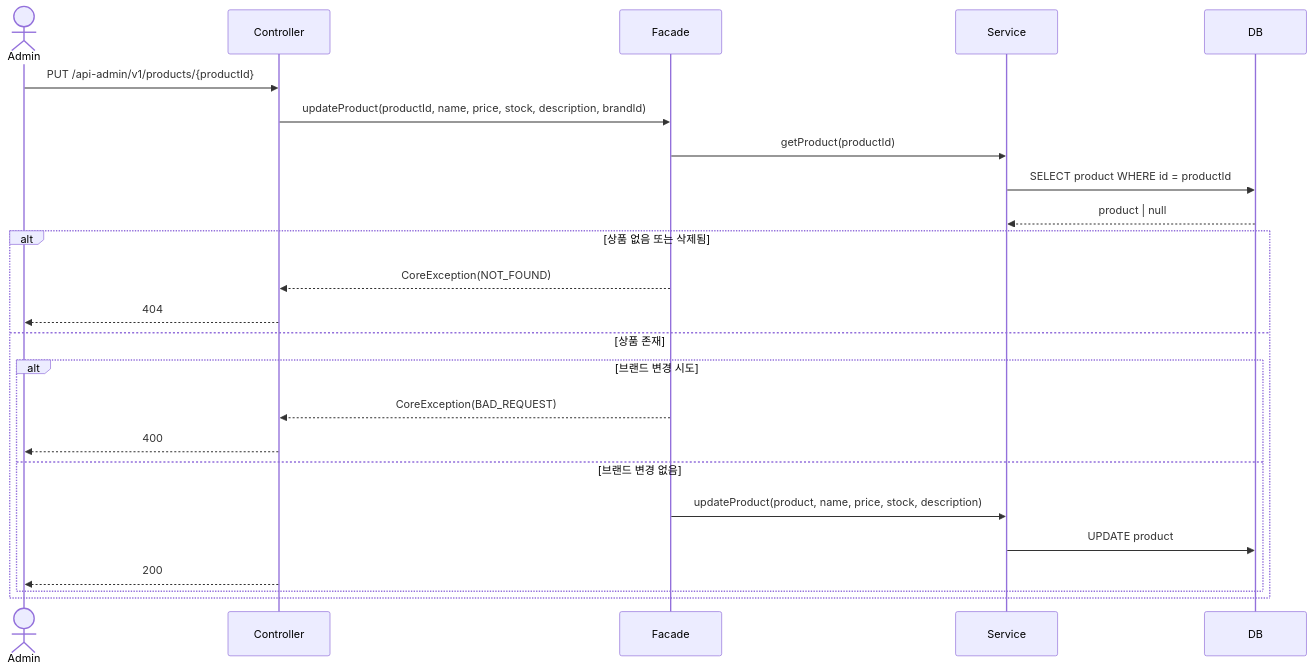
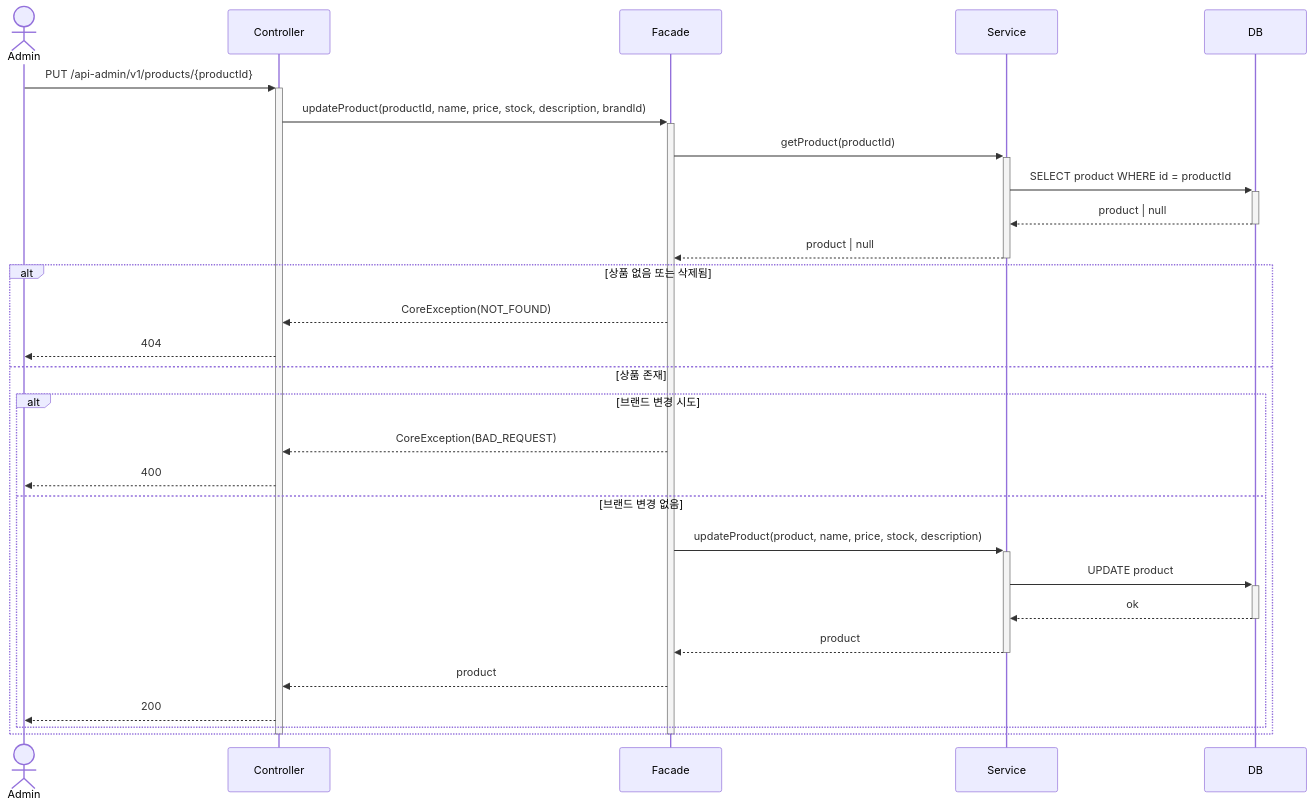
Diagram 18 of 21 in .docs/design/02-sequence-diagrams.md (loopers-labs/loop-pack-be-l2-vol4-java), drawn with Mermaid before and after one commit. The commit also changed other lines of this file, not shown here.

Commit message:
docs: 시퀀스 다이어그램 수정

````diff
--- a/.docs/design/02-sequence-diagrams.md
+++ b/.docs/design/02-sequence-diagrams.md
@@ -472,28 +534,34 @@
 ```mermaid
 sequenceDiagram
     actor Admin
     participant Controller
     participant Facade
     participant Service
     participant DB
 
-    Admin->>Controller: PUT /api-admin/v1/products/{productId}
-    Controller->>Facade: updateProduct(productId, name, price, stock, description, brandId)
-    Facade->>Service: getProduct(productId)
-    Service->>DB: SELECT product WHERE id = productId
-    DB-->>Service: product | null
+    Admin->>+Controller: PUT /api-admin/v1/products/{productId}
+    Controller->>+Facade: updateProduct(productId, name, price, stock, description, brandId)
+    Facade->>+Service: getProduct(productId)
+    Service->>+DB: SELECT product WHERE id = productId
+    DB-->>-Service: product | null
+    Service-->>-Facade: product | null
 
     alt 상품 없음 또는 삭제됨
         Facade-->>Controller: CoreException(NOT_FOUND)
         Controller-->>Admin: 404
     else 상품 존재
         alt 브랜드 변경 시도
             Facade-->>Controller: CoreException(BAD_REQUEST)
             Controller-->>Admin: 400
         else 브랜드 변경 없음
-            Facade->>Service: updateProduct(product, name, price, stock, description)
-            Service->>DB: UPDATE product
+            Facade->>+Service: updateProduct(product, name, price, stock, description)
+            Service->>+DB: UPDATE product
+            DB-->>-Service: ok
+            Service-->>-Facade: product
+            Facade-->>Controller: product
             Controller-->>Admin: 200
         end
     end
+    deactivate Facade
+    deactivate Controller
 ```
````
